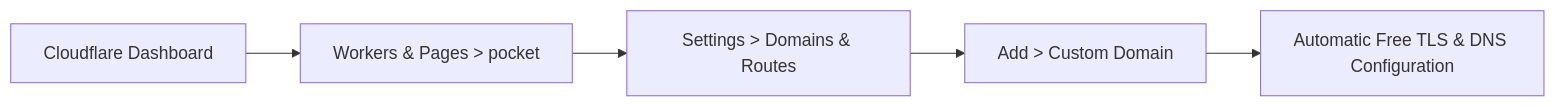
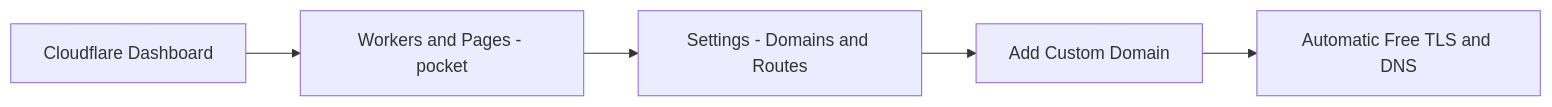
The third of 3 diagrams in docs/DEPLOYMENT.md (akazad13/pocket), drawn with Mermaid before and after one commit. The commit also changed other lines of this file and 4 other files, not shown here.

Commit message:
fix(docs): resolve Mermaid parser syntax errors across documentation

````diff
--- a/docs/DEPLOYMENT.md
+++ b/docs/DEPLOYMENT.md
@@ -213,7 +213,7 @@
 ```mermaid
 flowchart LR
-    D["Cloudflare Dashboard"] --> W["Workers & Pages > pocket"]
-    W --> S["Settings > Domains & Routes"]
-    S --> A["Add > Custom Domain"]
-    A --> SSL["Automatic Free TLS & DNS Configuration"]
+    D["Cloudflare Dashboard"] --> W["Workers and Pages - pocket"]
+    W --> S["Settings - Domains and Routes"]
+    S --> A["Add Custom Domain"]
+    A --> SSL["Automatic Free TLS and DNS"]
 ```
````
